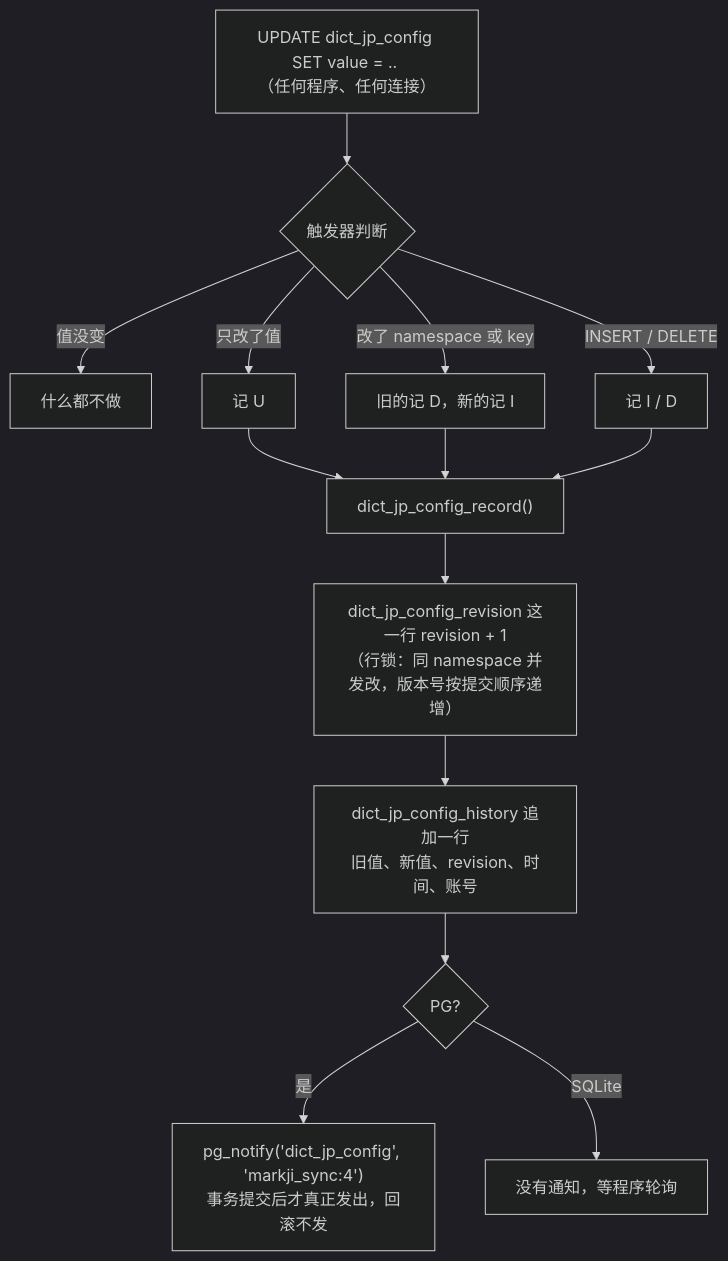
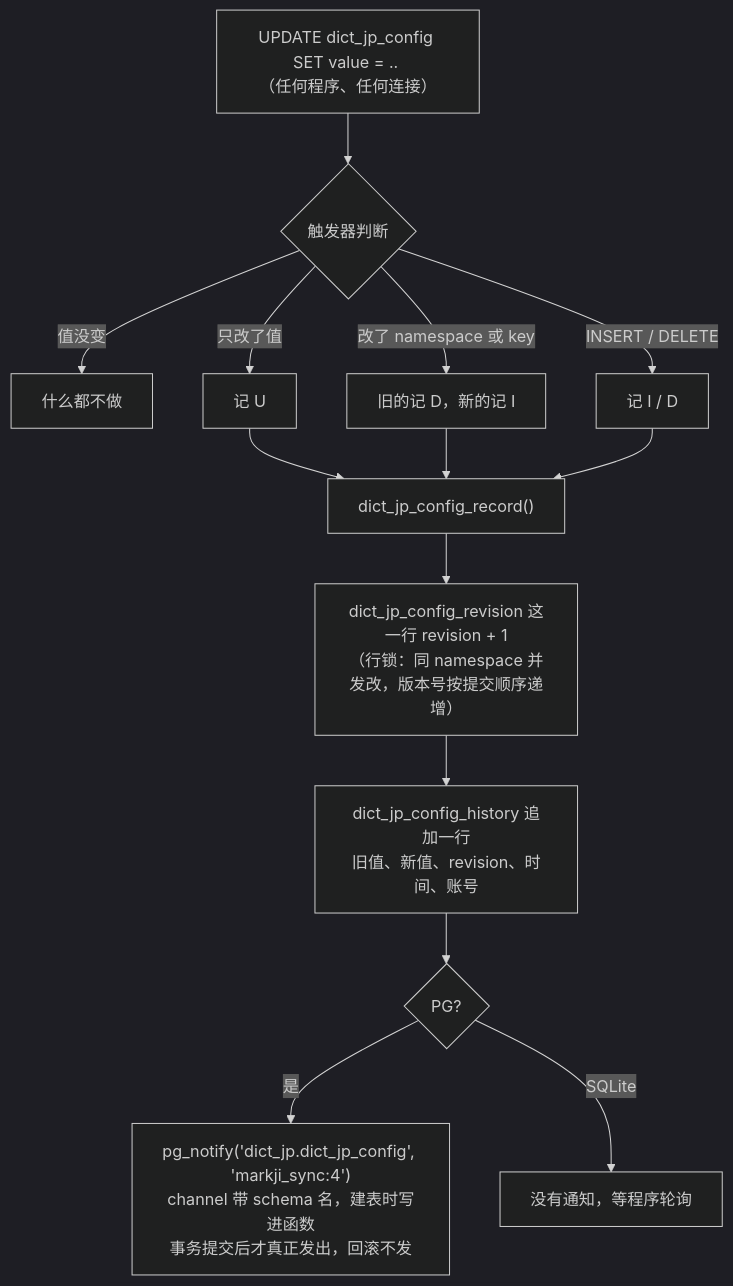
Before and after one commit to tpxxwz/hygiea: the fourth of 7 diagrams in docs/design/live-config.md, drawn with Mermaid (dark theme). The commit also changed other lines of this file and 86 other files, not shown here.

````diff
--- a/docs/design/live-config.md
+++ b/docs/design/live-config.md
@@ -204,16 +221,16 @@
 ```mermaid
 flowchart TD
     U["UPDATE dict_jp_config SET value = .. <br/>（任何程序、任何连接）"] --> T{"触发器判断"}
     T -- 值没变 --> N["什么都不做"]
     T -- 只改了值 --> R1["记 U"]
     T -- 改了 namespace 或 key --> R2["旧的记 D，新的记 I"]
     T -- INSERT / DELETE --> R3["记 I / D"]
     R1 --> REC
     R2 --> REC
     R3 --> REC
     REC["dict_jp_config_record()"] --> V["dict_jp_config_revision 这一行 revision + 1<br/>（行锁：同 namespace 并发改，版本号按提交顺序递增）"]
     V --> H["dict_jp_config_history 追加一行<br/>旧值、新值、revision、时间、账号"]
     H --> P{"PG?"}
-    P -- 是 --> NT["pg_notify('dict_jp_config', 'markji_sync:4')<br/>事务提交后才真正发出，回滚不发"]
+    P -- 是 --> NT["pg_notify('dict_jp.dict_jp_config', 'markji_sync:4')<br/>channel 带 schema 名，建表时写进函数<br/>事务提交后才真正发出，回滚不发"]
     P -- SQLite --> X["没有通知，等程序轮询"]
 ```
````
